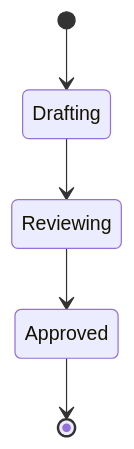
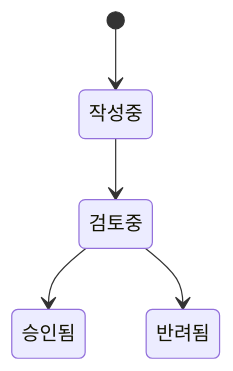
Before and after one commit to HunHee-Joung/Study: the third of 3 diagrams in 8. 보고서 만들기 고급.md, drawn with Mermaid. The commit also changed other lines of this file, not shown here.

````diff
--- a/8. 보고서 만들기 고급.md
+++ b/8. 보고서 만들기 고급.md
@@ -89,7 +131,7 @@
 ```mermaid
 stateDiagram-v2
-    [*] --> Drafting
-    Drafting --> Reviewing
-    Reviewing --> Approved
-    Approved --> [*]
+  [*] --> 작성중
+  작성중 --> 검토중
+  검토중 --> 승인됨
+  검토중 --> 반려됨
 ```
````
